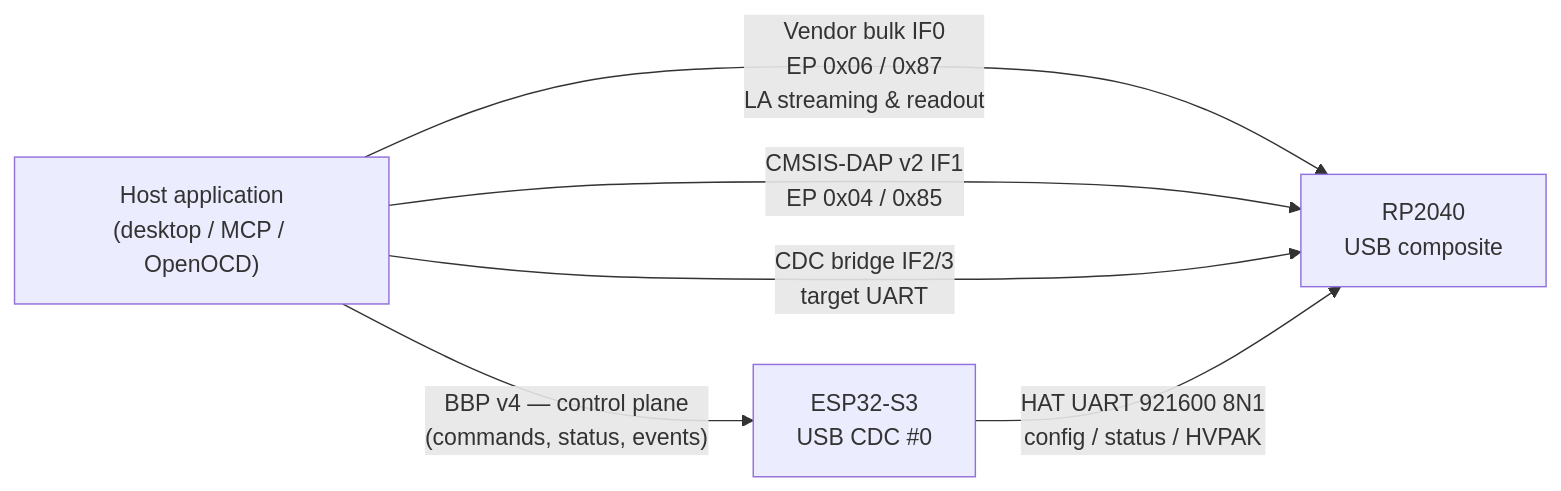
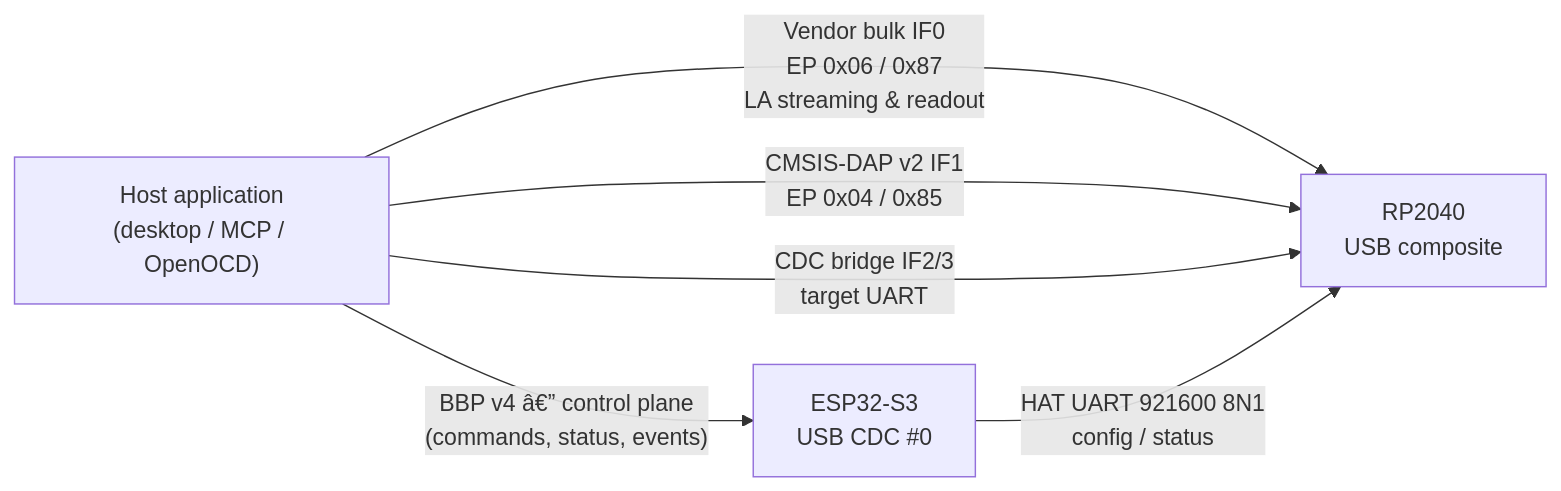
One commit to lollokara/BugBuster changed the diagram in Firmware/HAT_Architecture.md. Above: the diagram before and after it, drawn with Mermaid. The commit also changed other lines of this file and 68 other files, not shown here.

````diff
--- a/Firmware/HAT_Architecture.md
+++ b/Firmware/HAT_Architecture.md
@@ -62,13 +59,13 @@
 ```mermaid
 flowchart LR
   HOST["Host application<br/>(desktop / MCP / OpenOCD)"]
   ESP32["ESP32-S3<br/>USB CDC #0"]
   RP["RP2040<br/>USB composite"]
 
-  HOST -->|"BBP v4 — control plane<br/>(commands, status, events)"| ESP32
+  HOST -->|"BBP v4 â€” control plane<br/>(commands, status, events)"| ESP32
   HOST -->|"Vendor bulk IF0<br/>EP 0x06 / 0x87<br/>LA streaming & readout"| RP
   HOST -->|"CMSIS-DAP v2 IF1<br/>EP 0x04 / 0x85"| RP
   HOST -->|"CDC bridge IF2/3<br/>target UART"| RP
 
-  ESP32 -->|"HAT UART 921600 8N1<br/>config / status / HVPAK"| RP
+  ESP32 -->|"HAT UART 921600 8N1<br/>config / status"| RP
 ```
````
